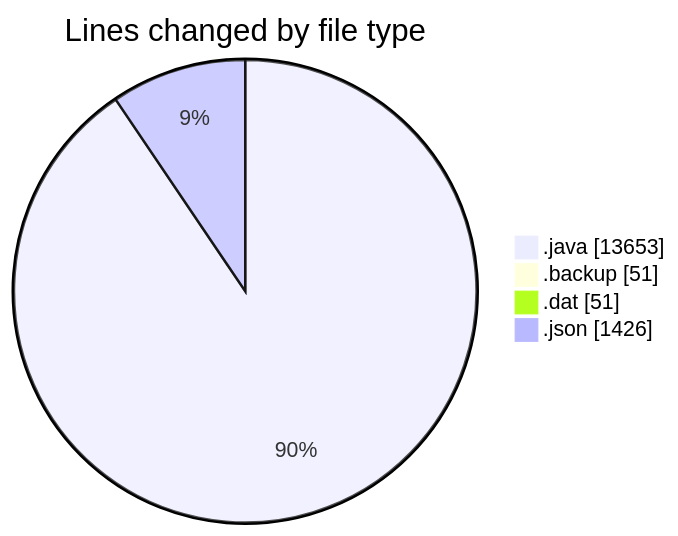
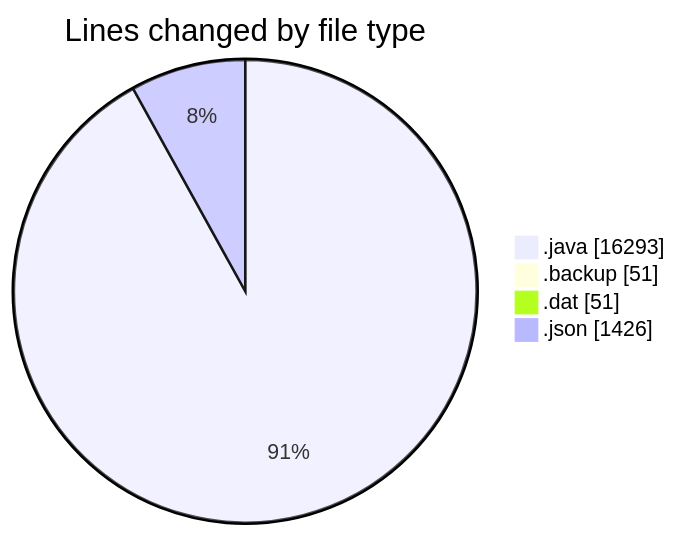
Before and after one commit to ricardozamudiocil/code-tracking: the first of 2 diagrams in 2026-11-19/cilapp/README.md, drawn with Mermaid. The commit also changed other lines of this file and 1 other file, not shown here.

````diff
--- a/2026-11-19/cilapp/README.md
+++ b/2026-11-19/cilapp/README.md
@@ -25,8 +26,8 @@
 ```mermaid
 pie showData
 title Lines changed by file type
-".java" : 13653
+".java" : 16293
 ".backup" : 51
 ".dat" : 51
 ".json" : 1426
 ```
````
